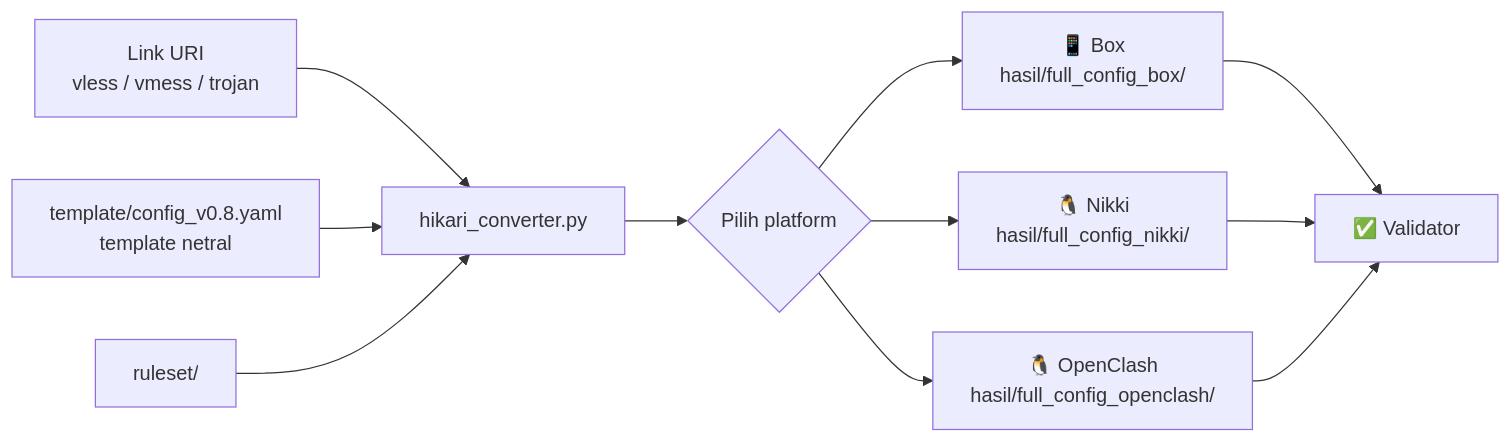
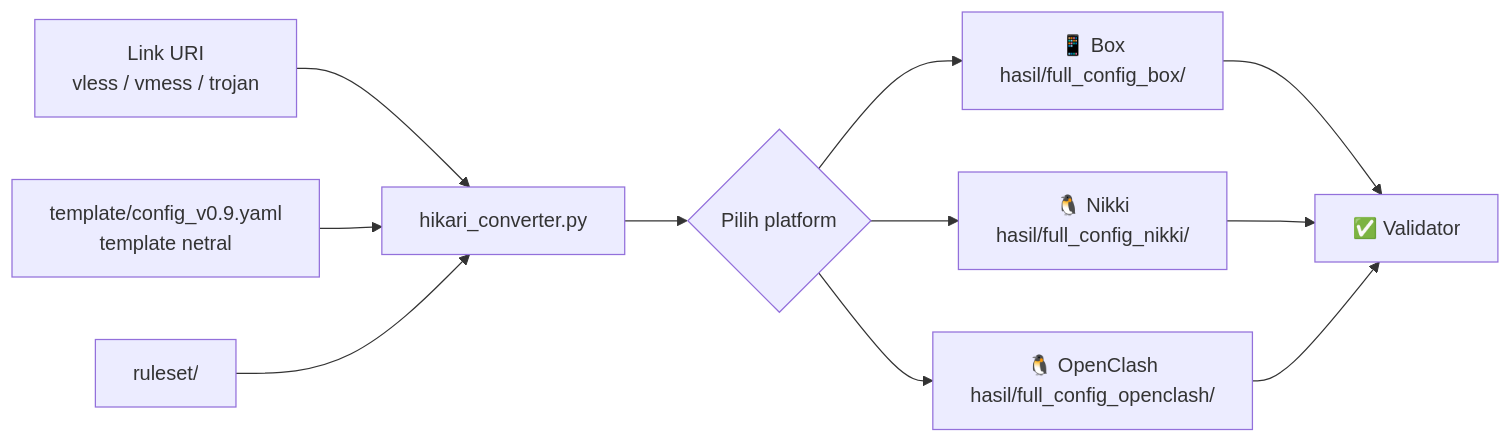
Before and after one commit to nexterade/hikari-clash: the diagram in README.md, drawn with Mermaid. The commit also changed other lines of this file and 4 other files, not shown here.

````diff
--- a/README.md
+++ b/README.md
@@ -97,13 +96,13 @@
 ```mermaid
 flowchart LR
     A[Link URI<br/>vless / vmess / trojan] --> B[hikari_converter.py]
-    T[template/config_v0.8.yaml<br/>template netral] --> B
+    T[template/config_v0.9.yaml<br/>template netral] --> B
     R[ruleset/] --> B
     B --> P{Pilih platform}
     P --> X[📱 Box<br/>hasil/full_config_box/]
     P --> Y[🐧 Nikki<br/>hasil/full_config_nikki/]
     P --> Z[🐧 OpenClash<br/>hasil/full_config_openclash/]
     X --> V[✅ Validator]
     Y --> V
     Z --> V
 ```
````
